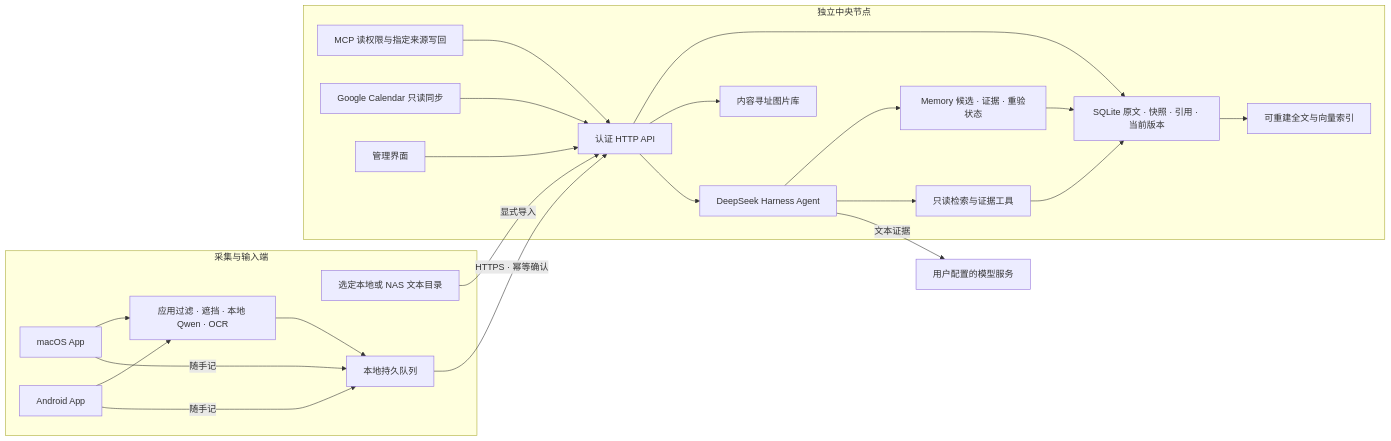
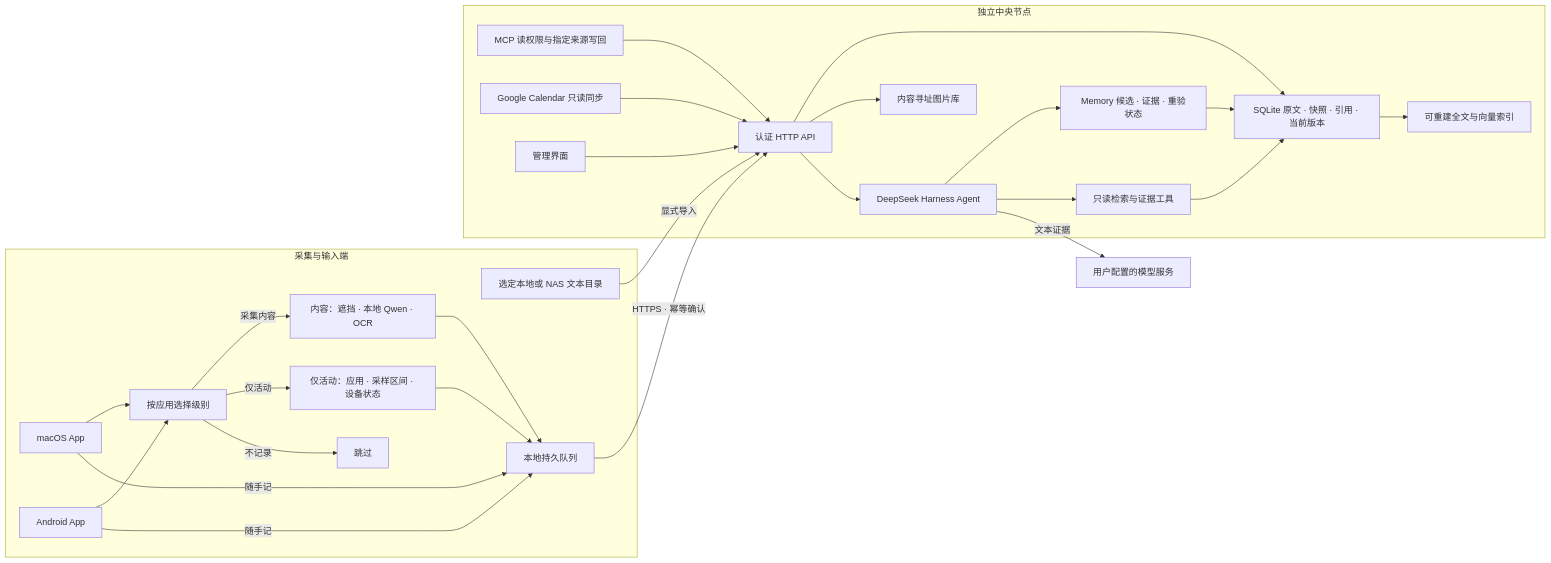
Before and after one commit to utopiafar/mote: the diagram in README.md, drawn with Mermaid. The commit also changed other lines of this file and 112 other files, not shown here.

````diff
--- a/README.md
+++ b/README.md
@@ -30,41 +31,47 @@
 ```mermaid
 flowchart LR
   subgraph Endpoints[采集与输入端]
     Mac[macOS App]
     Android[Android App]
     Files[选定本地或 NAS 文本目录]
-    Privacy[应用过滤 · 遮挡 · 本地 Qwen · OCR]
+    Policy[按应用选择级别]
+    Privacy[内容：遮挡 · 本地 Qwen · OCR]
+    Activity[仅活动：应用 · 采样区间 · 设备状态]
     Queue[本地持久队列]
-    Mac --> Privacy
-    Android --> Privacy
+    Mac --> Policy
+    Android --> Policy
+    Policy -->|采集内容| Privacy
+    Policy -->|仅活动| Activity
+    Policy -->|不记录| Skip[跳过]
+    Activity --> Queue
     Privacy --> Queue
     Mac -->|随手记| Queue
     Android -->|随手记| Queue
   end
   subgraph Central[独立中央节点]
     API[认证 HTTP API]
     Store[SQLite 原文 · 快照 · 引用 · 当前版本]
     Index[可重建全文与向量索引]
     Memory[Memory 候选 · 证据 · 重验状态]
     MCP[MCP 读权限与指定来源写回]
     Cloud[Google Calendar 只读同步]
     Store --> Index
     Agent --> Memory
     Memory --> Store
     MCP --> API
     Cloud --> API
     Blobs[内容寻址图片库]
     Agent[DeepSeek Harness Agent]
     Tools[只读检索与证据工具]
     UI[管理界面]
     API --> Store
     API --> Blobs
     UI --> API
     API --> Agent
     Agent --> Tools
     Tools --> Store
   end
   Queue -->|HTTPS · 幂等确认| API
   Files -->|显式导入| API
   Agent -->|文本证据| Model[用户配置的模型服务]
 ```
````
